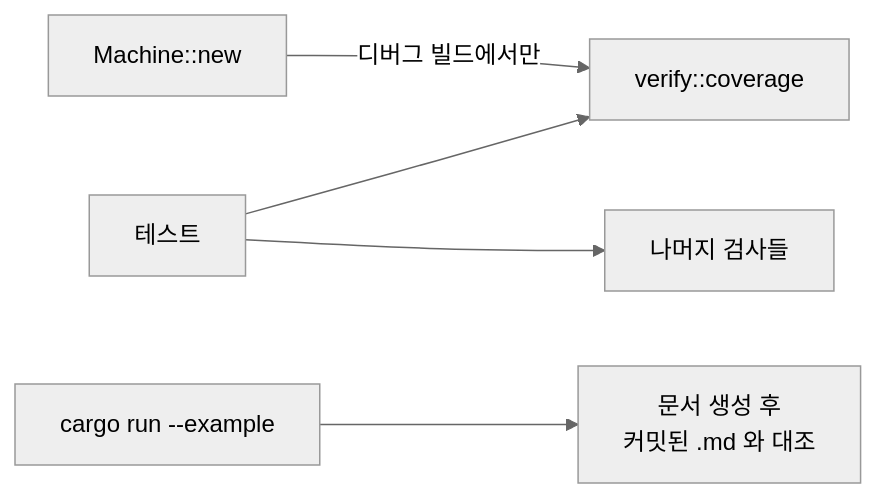
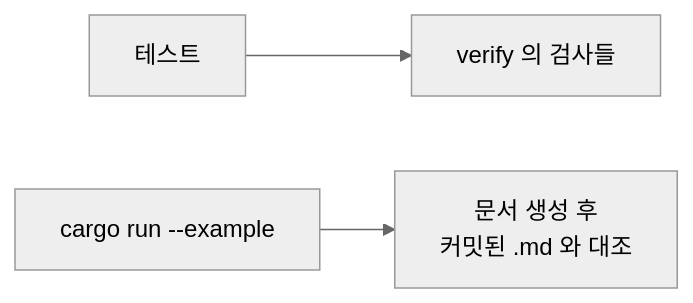
Before and after one commit to 4artit/declared: the diagram in docs/4-verification.md, drawn with Mermaid (neutral theme). The commit also changed other lines of this file and 23 other files, not shown here.

````diff
--- a/docs/4-verification.md
+++ b/docs/4-verification.md
@@ -8,7 +8,5 @@
 ```mermaid
 flowchart LR
-    N["Machine::new"] -->|디버그 빌드에서만| C["verify::coverage"]
-    T["테스트"] --> C
-    T --> O["나머지 검사들"]
+    T["테스트"] --> O["verify 의 검사들"]
     R["cargo run --example"] --> G["문서 생성 후<br/>커밋된 .md 와 대조"]
 ```
````
